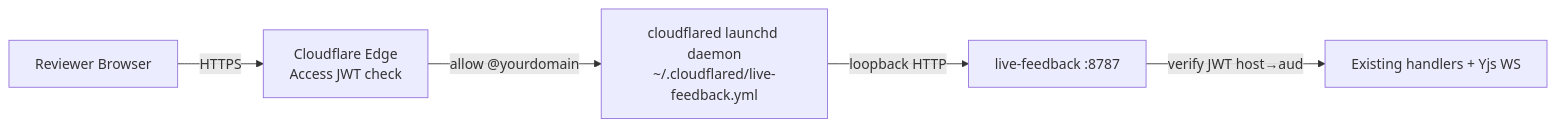
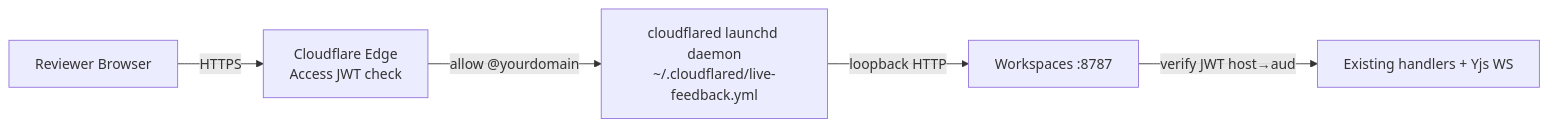
The diagram in docs/product/sharing.md (fryanpan/claude-live-feedback-plugin), drawn with Mermaid before and after one commit. The commit also changed other lines of this file and 6 other files, not shown here.

````diff
--- a/docs/product/sharing.md
+++ b/docs/product/sharing.md
@@ -26,7 +26,7 @@
 ```mermaid
 flowchart LR
   Reviewer[Reviewer Browser] -->|HTTPS| CF[Cloudflare Edge<br/>Access JWT check]
   CF -->|allow @yourdomain| Tunnel[cloudflared launchd daemon<br/>~/.cloudflared/live-feedback.yml]
-  Tunnel -->|loopback HTTP| LF[live-feedback :8787]
+  Tunnel -->|loopback HTTP| LF[Workspaces :8787]
   LF -->|verify JWT host→aud| OK[Existing handlers + Yjs WS]
 ```
````
